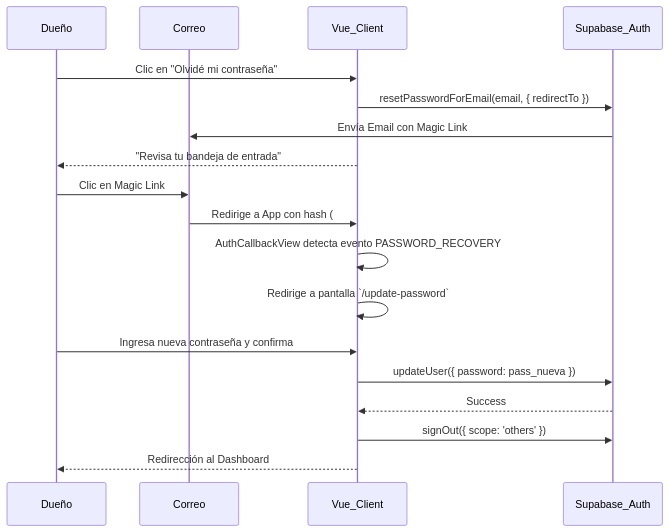
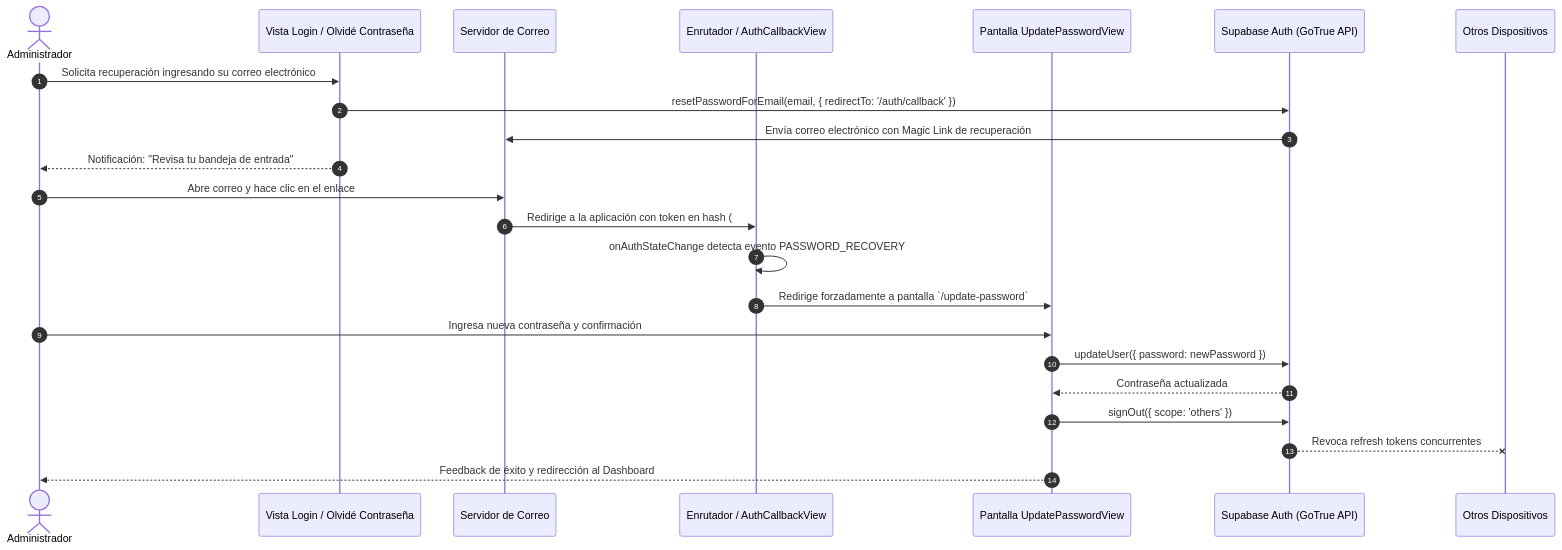
Before and after one commit to YamirJCF/tienda-barrio-pro: the second of 2 diagrams in documentation/01_requirements/SDD/SDD_002_1_CAMBIO_CONTRASENA.md, drawn with Mermaid. The commit also changed other lines of this file, not shown here.

````diff
--- a/documentation/01_requirements/SDD/SDD_002_1_CAMBIO_CONTRASENA.md
+++ b/documentation/01_requirements/SDD/SDD_002_1_CAMBIO_CONTRASENA.md
@@ -67,25 +91,31 @@
 ```mermaid
 sequenceDiagram
-    participant Dueño
-    participant Correo
-    participant Vue_Client
-    participant Supabase_Auth
+    autonumber
+    actor Admin as Administrador
+    participant UI as Vista Login / Olvidé Contraseña
+    participant Mail as Servidor de Correo
+    participant Callback as Enrutador / AuthCallbackView
+    participant UpdateView as Pantalla UpdatePasswordView
+    participant GoTrue as Supabase Auth (GoTrue API)
+    participant Otros as Otros Dispositivos
 
-    Dueño->>Vue_Client: Clic en "Olvidé mi contraseña"
-    Vue_Client->>Supabase_Auth: resetPasswordForEmail(email, { redirectTo })
-    Supabase_Auth->>Correo: Envía Email con Magic Link
-    Vue_Client-->>Dueño: "Revisa tu bandeja de entrada"
+    Admin->>UI: Solicita recuperación ingresando su correo electrónico
+    UI->>GoTrue: resetPasswordForEmail(email, { redirectTo: '/auth/callback' })
+    GoTrue->>Mail: Envía correo electrónico con Magic Link de recuperación
+    UI-->>Admin: Notificación: "Revisa tu bandeja de entrada"
     
-    Dueño->>Correo: Clic en Magic Link
-    Correo->>Vue_Client: Redirige a App con hash (#access_token)
+    Admin->>Mail: Abre correo y hace clic en el enlace
+    Mail->>Callback: Redirige a la aplicación con token en hash (#access_token)
     
-    Vue_Client->>Vue_Client: AuthCallbackView detecta evento PASSWORD_RECOVERY
-    Vue_Client->>Vue_Client: Redirige a pantalla `/update-password`
+    Callback->>Callback: onAuthStateChange detecta evento PASSWORD_RECOVERY
+    Callback->>UpdateView: Redirige forzadamente a pantalla `/update-password`
     
-    Dueño->>Vue_Client: Ingresa nueva contraseña y confirma
-    Vue_Client->>Supabase_Auth: updateUser({ password: pass_nueva })
-    Supabase_Auth-->>Vue_Client: Success
+    Admin->>UpdateView: Ingresa nueva contraseña y confirmación
+    UpdateView->>GoTrue: updateUser({ password: newPassword })
+    GoTrue-->>UpdateView: Contraseña actualizada
     
-    Vue_Client->>Supabase_Auth: signOut({ scope: 'others' })
-    Vue_Client-->>Dueño: Redirección al Dashboard
+    UpdateView->>GoTrue: signOut({ scope: 'others' })
+    GoTrue--xOtros: Revoca refresh tokens concurrentes
+    
+    UpdateView-->>Admin: Feedback de éxito y redirección al Dashboard
 ```
````
